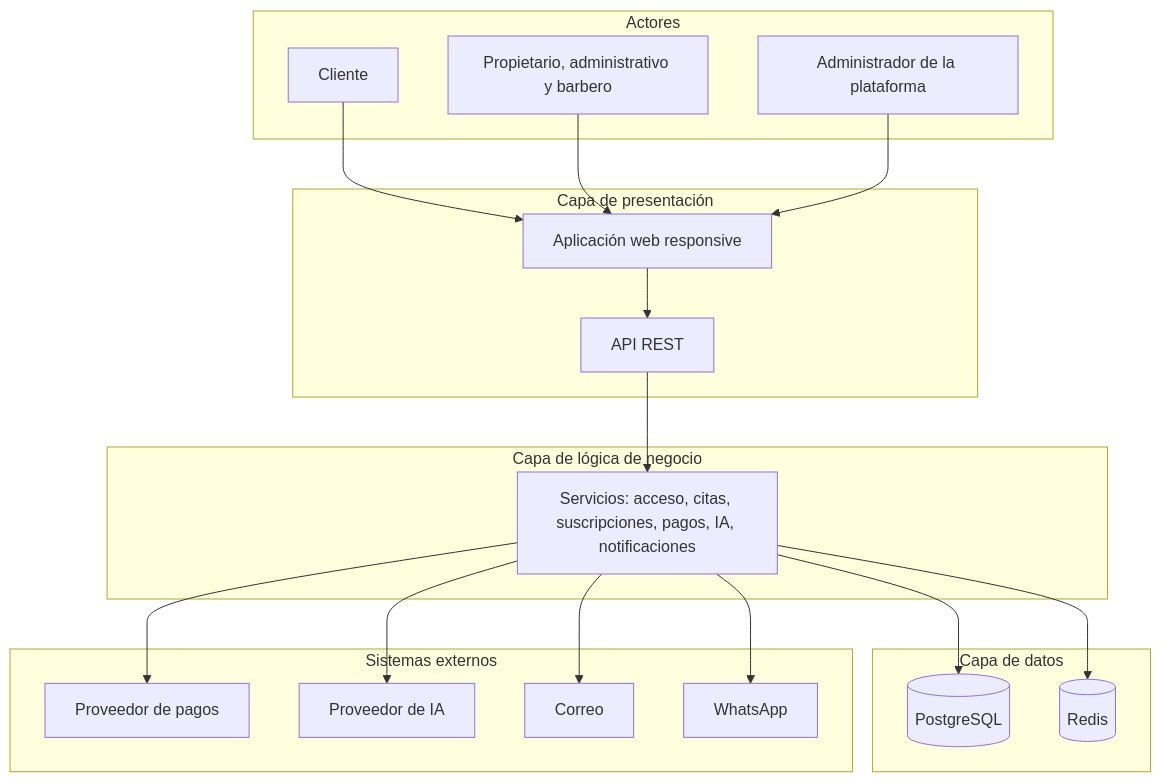
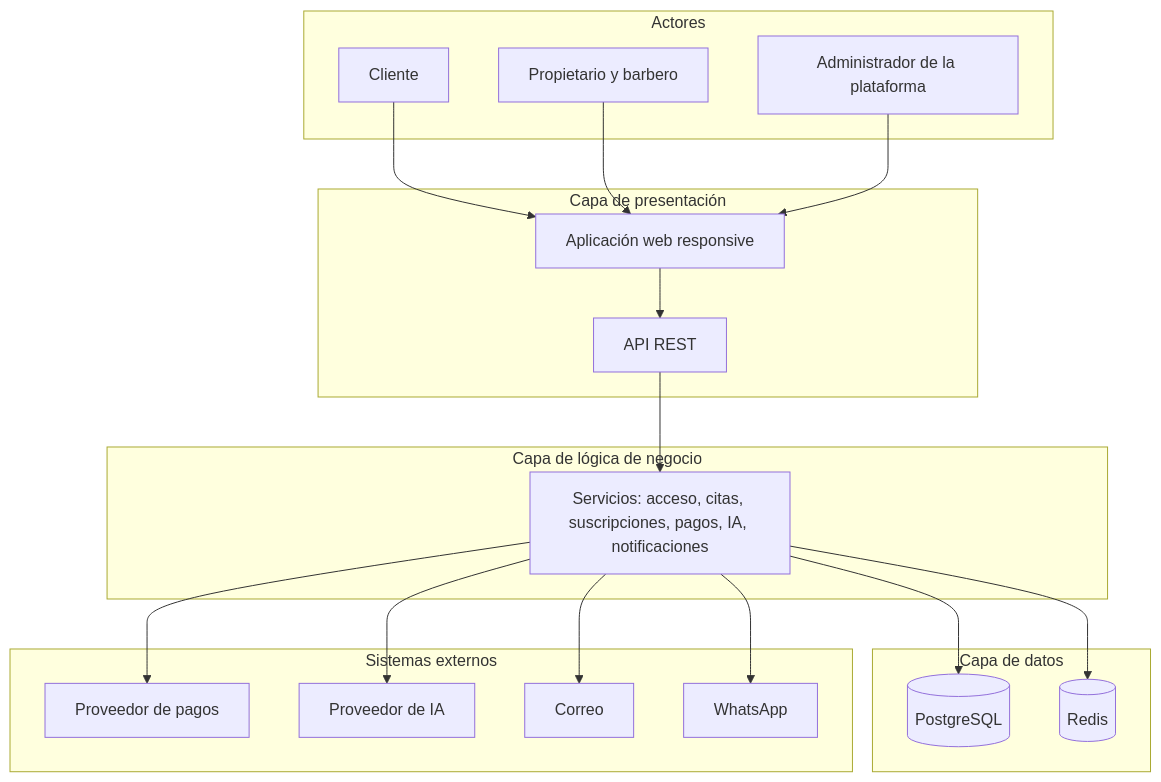
Before and after one commit to semcham/proyecto-final-barberia-ayacucho: the diagram in docs/02-arquitectura-software/arquitectura-inicial.md, drawn with Mermaid. The commit also changed 18 other files, not shown here.

````diff
--- a/docs/02-arquitectura-software/arquitectura-inicial.md
+++ b/docs/02-arquitectura-software/arquitectura-inicial.md
@@ -16,36 +16,36 @@
 ```mermaid
 flowchart TB
     subgraph A["Actores"]
         CLI["Cliente"]
-        STAFF["Propietario, administrativo y barbero"]
+        STAFF["Propietario y barbero"]
         ADM["Administrador de la plataforma"]
     end
     subgraph P["Capa de presentación"]
         UI["Aplicación web responsive"]
         API["API REST"]
     end
     subgraph N["Capa de lógica de negocio"]
         SV["Servicios: acceso, citas, suscripciones, pagos, IA, notificaciones"]
     end
     subgraph D["Capa de datos"]
         DB[("PostgreSQL")]
         RC[("Redis")]
     end
     subgraph X["Sistemas externos"]
         PAY["Proveedor de pagos"]
         AI["Proveedor de IA"]
         MAIL["Correo"]
         WA["WhatsApp"]
     end
     CLI --> UI
     STAFF --> UI
     ADM --> UI
     UI --> API
     API --> SV
     SV --> DB
     SV --> RC
     SV --> PAY
     SV --> AI
     SV --> MAIL
     SV --> WA
 ```
````
